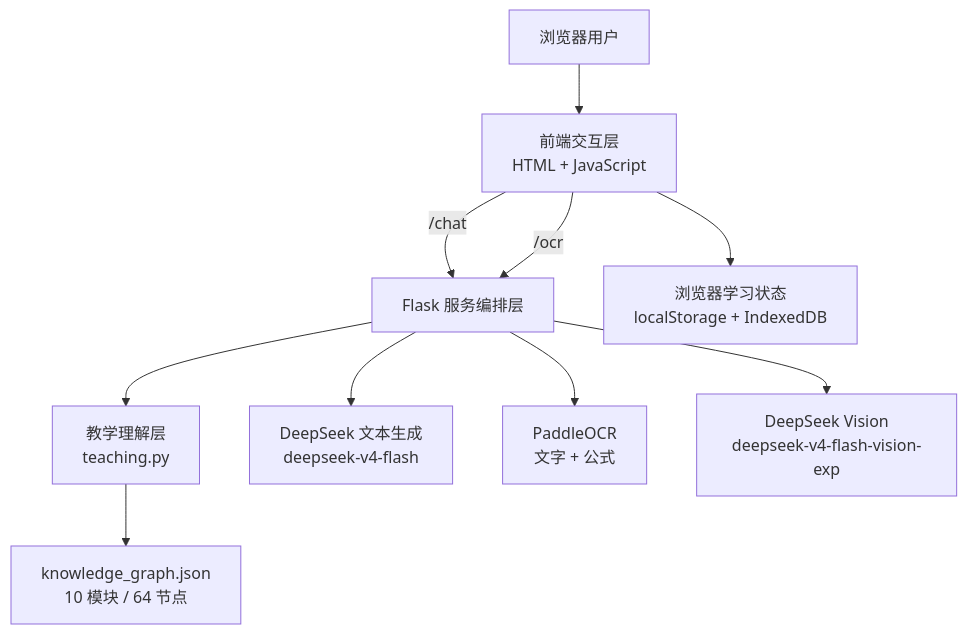
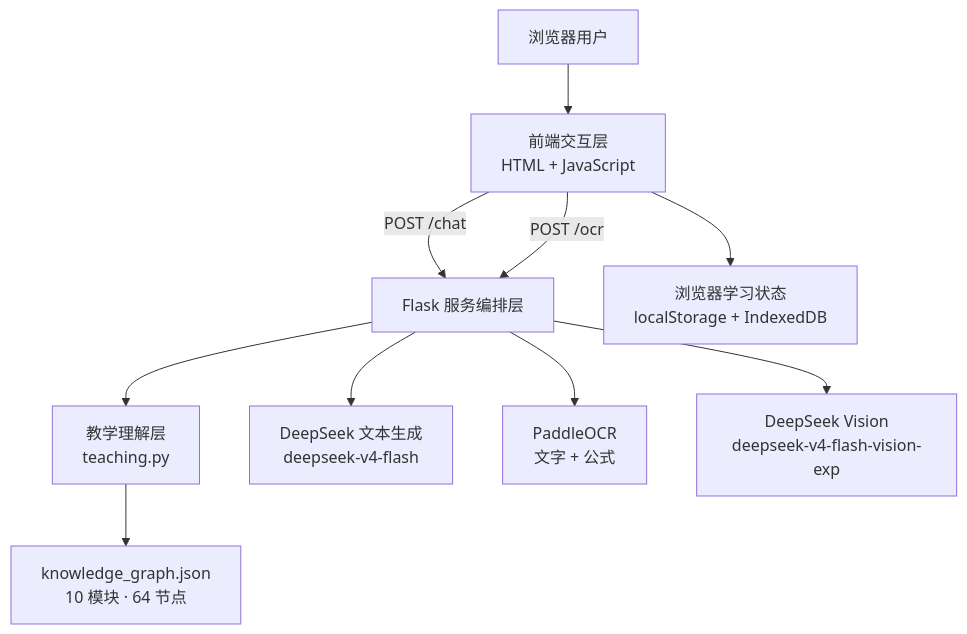
Before and after one commit to zm14744/-: the diagram in README.md, drawn with Mermaid.

````diff
--- a/README.md
+++ b/README.md
@@ -123,12 +123,12 @@
 ```mermaid
 flowchart TD
-    U[浏览器用户] --> F[前端交互层\nHTML + JavaScript]
-    F -->|/chat| A[Flask 服务编排层]
-    F -->|/ocr| A
-    A --> T[教学理解层\nteaching.py]
-    A --> L[DeepSeek 文本生成\ndeepseek-v4-flash]
-    A --> O[PaddleOCR\n文字 + 公式]
-    A --> V[DeepSeek Vision\ndeepseek-v4-flash-vision-exp]
-    T --> K[knowledge_graph.json\n10 模块 / 64 节点]
-    F --> S[浏览器学习状态\nlocalStorage + IndexedDB]
+    U["浏览器用户"] --> F["前端交互层<br/>HTML + JavaScript"]
+    F -->|POST /chat| A["Flask 服务编排层"]
+    F -->|POST /ocr| A
+    A --> T["教学理解层<br/>teaching.py"]
+    A --> L["DeepSeek 文本生成<br/>deepseek-v4-flash"]
+    A --> O["PaddleOCR<br/>文字 + 公式"]
+    A --> V["DeepSeek Vision<br/>deepseek-v4-flash-vision-exp"]
+    T --> K["knowledge_graph.json<br/>10 模块 · 64 节点"]
+    F --> S["浏览器学习状态<br/>localStorage + IndexedDB"]
 ```
````
